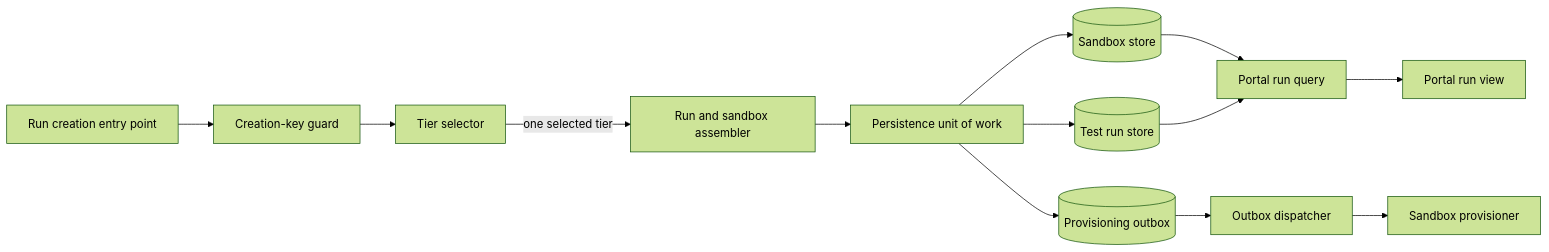
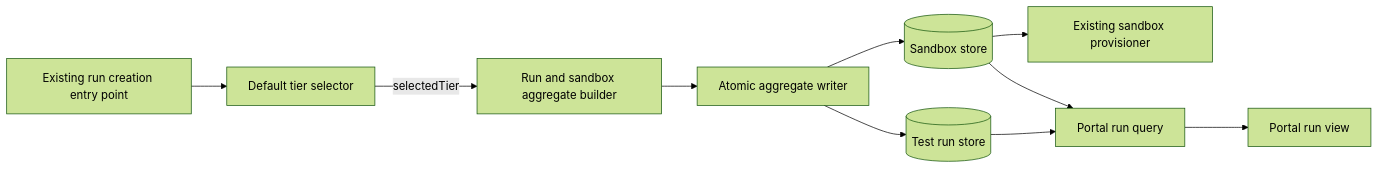
Before and after one commit to sachinkundu/deos-sample-project: the diagram in openspec/changes/sac-175/design.md, drawn with Mermaid (forest theme). The commit also changed other lines of this file, not shown here.

Commit message:
DEOS planning manifest workflow:99426d9b-cda7-4db4-9136-692a95a0b090:353a3f52-740c-443a-811e-e27a6f20dc6f:run:1:system_action:publish_design_response:github.publish_design_candidate:c5699d65e6b9cbfd71505fd0543bfc9215a7b2a72444c5daf4cdc0b99c246454:25

````diff
--- a/openspec/changes/sac-175/design.md
+++ b/openspec/changes/sac-175/design.md
@@ -27,15 +26,12 @@
 ```mermaid
 flowchart LR
-    A[Run creation entry point] --> B[Creation-key guard]
-    B --> C[Tier selector]
-    C -->|one selected tier| D[Run and sandbox assembler]
-    D --> E[Persistence unit of work]
-    E --> F[(Test run store)]
-    E --> G[(Sandbox store)]
-    E --> H[(Provisioning outbox)]
-    H --> I[Outbox dispatcher]
-    I --> J[Sandbox provisioner]
-    G --> K[Portal run query]
-    F --> K
-    K --> L[Portal run view]
+    A[Existing run creation entry point] --> B[Default tier selector]
+    B -->|selectedTier| C[Run and sandbox aggregate builder]
+    C --> D[Atomic aggregate writer]
+    D --> E[(Test run store)]
+    D --> F[(Sandbox store)]
+    F --> G[Existing sandbox provisioner]
+    E --> H[Portal run query]
+    F --> H
+    H --> I[Portal run view]
 ```
````
